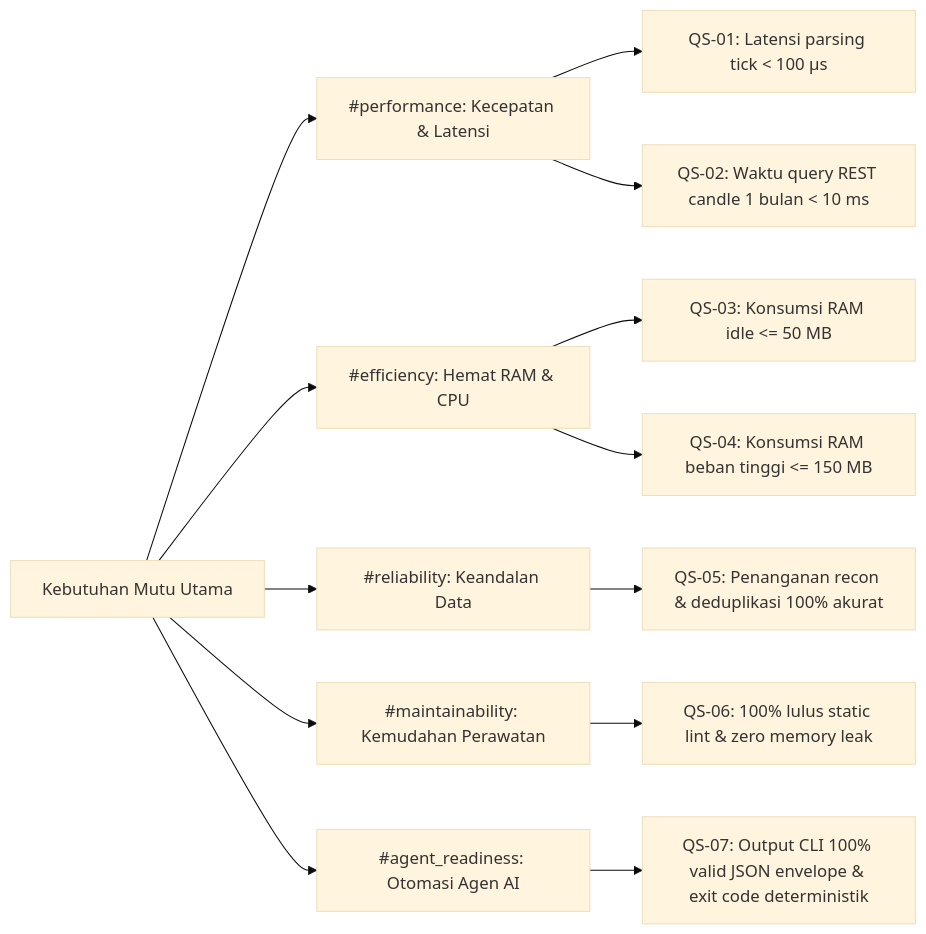
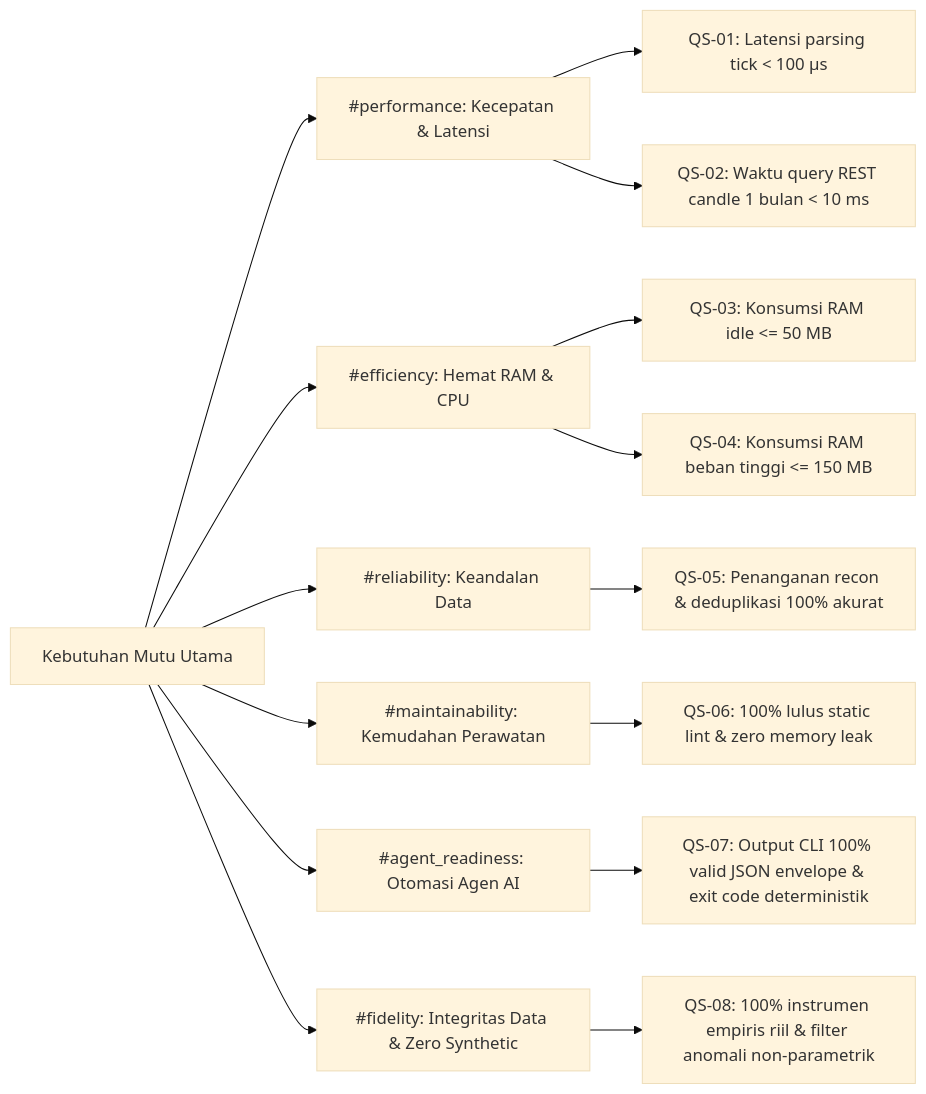
One commit to ihkaru/economy-aggregator changed the diagram in docs/architecture/10_quality_requirements.md. Above: the diagram before and after it, drawn with Mermaid (base theme). The commit also changed other lines of this file and 11 other files, not shown here.

Commit message:
docs(arc42): complete comprehensive architectural documentation across all 12 sections

````diff
--- a/docs/architecture/10_quality_requirements.md
+++ b/docs/architecture/10_quality_requirements.md
@@ -12,17 +12,19 @@
 ```mermaid
 graph LR
     Q[Kebutuhan Mutu Utama]
     Q --> P[#performance: Kecepatan & Latensi]
     Q --> E[#efficiency: Hemat RAM & CPU]
     Q --> R[#reliability: Keandalan Data]
     Q --> M[#maintainability: Kemudahan Perawatan]
     Q --> A[#agent_readiness: Otomasi Agen AI]
+    Q --> F[#fidelity: Integritas Data & Zero Synthetic]
 
     P --> P1["QS-01: Latensi parsing tick < 100 µs"]
     P --> P2["QS-02: Waktu query REST candle 1 bulan < 10 ms"]
     E --> E1["QS-03: Konsumsi RAM idle <= 50 MB"]
     E --> E2["QS-04: Konsumsi RAM beban tinggi <= 150 MB"]
     R --> R1["QS-05: Penanganan recon & deduplikasi 100% akurat"]
     M --> M1["QS-06: 100% lulus static lint & zero memory leak"]
     A --> A1["QS-07: Output CLI 100% valid JSON envelope & exit code deterministik"]
+    F --> F1["QS-08: 100% instrumen empiris riil & filter anomali non-parametrik"]
 ```
````
